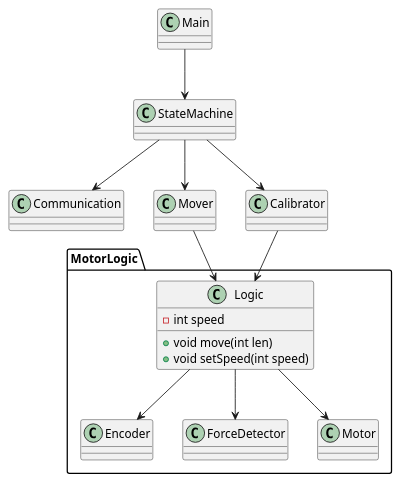
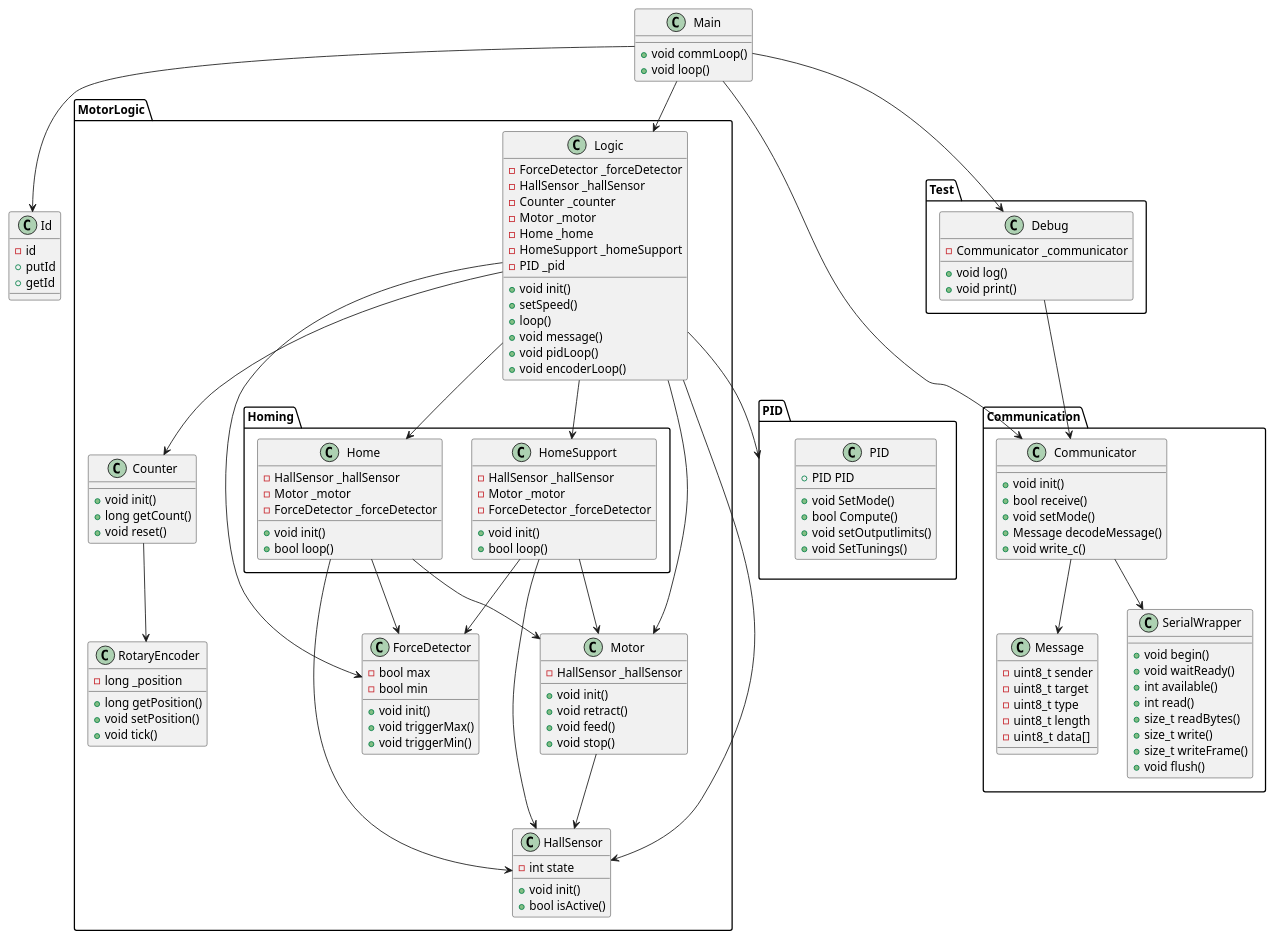
One commit to IndoorPositioningTestRig/MotorModule changed the first of 2 diagrams in motorModuleV2/design.plantuml. Above: the diagram before and after it, drawn with PlantUML. The commit also changed 1 other file, not shown here.

Commit message:
added plantuml

```diff
--- a/motorModuleV2/design.plantuml
+++ b/motorModuleV2/design.plantuml
@@ -1,66 +1,174 @@
 @startuml MotorModuleV2
 
 class Main {
-
+    + void commLoop()
+    + void loop()
 }
 
-' Sends and listens to the communication potocol.
-class Communication {
-
+class Id{
+    - id
+    + putId
+    + getId
 }
 
-' Determines what the arduino should be doing
-class StateMachine {
+package Communication{
+' Sends and listens to the communication potocol.
+    class Communicator {
+        + void init()
+        + bool receive()
+        + void setMode()
+        + Message decodeMessage()
+        + void write_c()
+    }
 
-}
+    class Message {
+        - uint8_t sender
+        - uint8_t target
+        - uint8_t type
+        - uint8_t length
+        - uint8_t  data[]
+    }
 
-' Move the motor based on communication (through StateMachine) 
-class Mover {
-
-}
-
-' Calibrate the motor by determining the length of the cable
-class Calibrator {
-
+    class SerialWrapper {
+        + void begin()
+        + void waitReady()
+        + int available()
+        + int read()
+        + size_t readBytes()
+        + size_t write()
+        + size_t writeFrame()
+        + void flush()
+    }
 }
 
 package MotorLogic {
-    ' This controls what the motor does based on what it received through
-    ' the communication protocal and the readings from the encoder and endswitch.
-    class Logic {
-        - int speed
-
-        + void move(int len)
-        + void setSpeed(int speed)    
+    ' Counts how far the rope has moved 
+    class Counter {
+        + void init()
+        + long getCount()
+        + void reset()
     }
-
-    ' Counts how far the rope has moved 
-    class Encoder {
-
-    }
-
+    
     ' Detects wether the rope is stretching or not
     ' and in which direction
     class ForceDetector {
+        + void init()
+        + void triggerMax()
+        + void triggerMin()
+        - bool max
+        - bool min
+    }
 
+    class HallSensor {
+        + void init()
+        + bool isActive()
+        - int state
+    }
+
+    class Logic {
+        - ForceDetector _forceDetector
+        - HallSensor _hallSensor
+        - Counter _counter
+        - Motor _motor
+        - Home _home
+        - HomeSupport _homeSupport
+        - PID _pid
+
+        + void init()
+        + setSpeed()
+        + loop()
+        + void message()
+        + void pidLoop()
+        + void encoderLoop()   
     }
 
     ' Controls the motor
     class Motor {
+        - HallSensor _hallSensor
+        
+        + void init()
+        + void retract()
+        + void feed()
+        + void stop()
+    }
 
+    class RotaryEncoder {
+        - long _position
+        + long getPosition()
+        + void setPosition()
+        + void tick()
+    }
+
+    package Homing {
+        Class Home {
+            - HallSensor _hallSensor
+            - Motor _motor
+            - ForceDetector _forceDetector
+
+            + void init()
+            + bool loop()
+        }
+
+        Class HomeSupport {
+            - HallSensor _hallSensor
+            - Motor _motor
+            - ForceDetector _forceDetector
+
+            + void init()
+            + bool loop()
+        }
     }
 }
 
-Main --> StateMachine
-StateMachine --> Mover
-StateMachine --> Communication
-StateMachine --> Calibrator 
+package PID {
+    Class PID {
+        + PID PID
+        + void SetMode()
+        + bool Compute()
+        + void setOutputlimits()
+        + void SetTunings()
+    }
+}
 
-Mover --> Logic
-Calibrator --> Logic
+package Test {
+    Class Debug {
+        - Communicator _communicator
 
-Logic --> Encoder
+        + void log()
+        + void print()
+    }
+}
+
+Main --> Logic
+Main --> Id
+Main --> Communicator
+Main --> Debug
+
+Motor --> HallSensor
+
+Debug --> Communicator
+
+Home --> HallSensor
+Home --> Motor
+Home --> ForceDetector
+
+HomeSupport --> HallSensor
+HomeSupport --> Motor
+HomeSupport --> ForceDetector
+
 Logic --> ForceDetector
-Logic --> Motor 
+Logic --> HallSensor
+Logic --> Counter
+Logic --> Motor
+Logic --> Home
+Logic --> HomeSupport
+Logic --> PID
+
+Counter --> RotaryEncoder
+
+Communicator --> SerialWrapper
+Communicator --> Message
+
+
 
 @enduml
```
